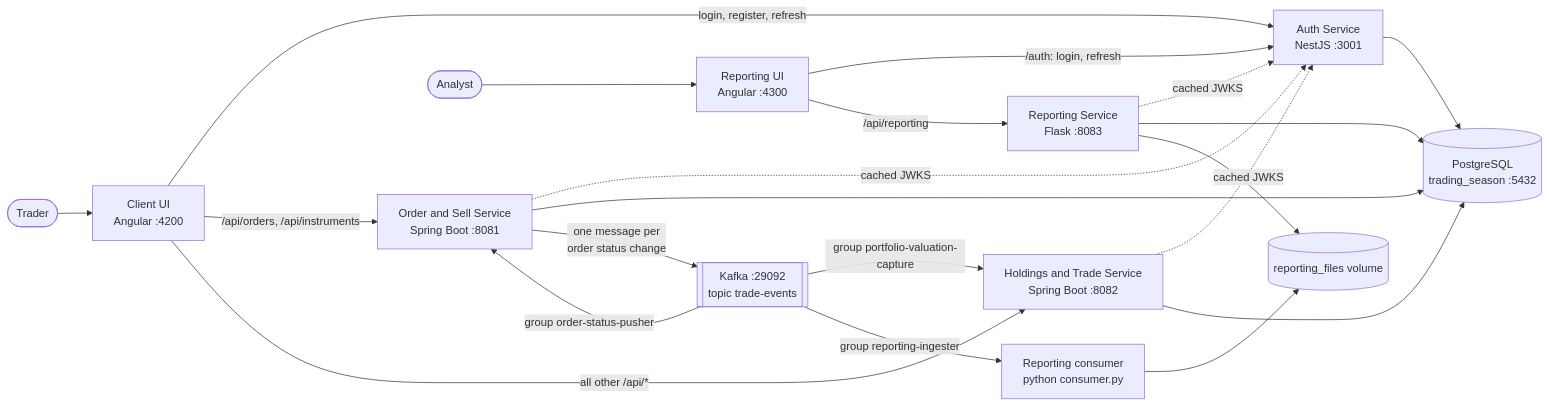
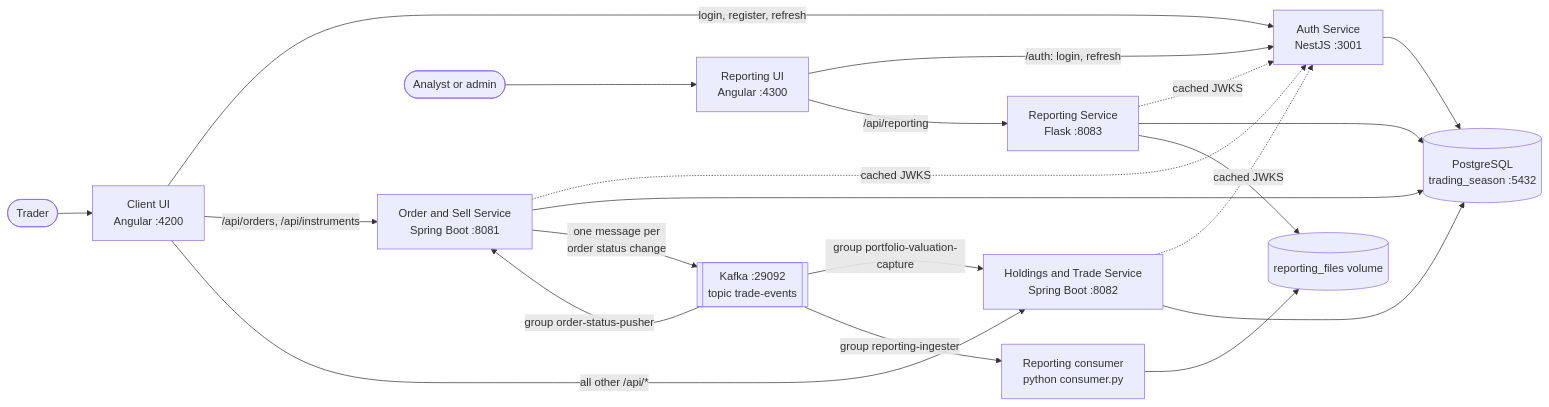
One commit to seankcheema/trading-season changed the first of 5 diagrams in README.md. Above: the diagram before and after it, drawn with Mermaid. The commit also changed other lines of this file and 51 other files, not shown here.

Commit message:
implementing admin vs analyst access dua-35

````diff
--- a/README.md
+++ b/README.md
@@ -20,27 +20,27 @@
 ```mermaid
 flowchart LR
     Trader([Trader]) --> UI["Client UI<br/>Angular :4200"]
     UI -- "login, register, refresh" --> Auth["Auth Service<br/>NestJS :3001"]
     UI -- "/api/orders, /api/instruments" --> OS["Order and Sell Service<br/>Spring Boot :8081"]
     UI -- "all other /api/*" --> HT["Holdings and Trade Service<br/>Spring Boot :8082"]
 
     OS -. "cached JWKS" .-> Auth
     HT -. "cached JWKS" .-> Auth
     RS["Reporting Service<br/>Flask :8083"] -. "cached JWKS" .-> Auth
 
     Auth --> DB[("PostgreSQL<br/>trading_season :5432")]
     OS --> DB
     HT --> DB
     RS --> DB
 
     OS -- "one message per<br/>order status change" --> Kafka[["Kafka :29092<br/>topic trade-events"]]
     Kafka -- "group order-status-pusher" --> OS
     Kafka -- "group portfolio-valuation-capture" --> HT
     Kafka -- "group reporting-ingester" --> RC["Reporting consumer<br/>python consumer.py"]
     RC --> Files[("reporting_files volume")]
     RS --> Files
 
-    Analyst([Analyst]) --> RUI["Reporting UI<br/>Angular :4300"]
+    Analyst(["Analyst or admin"]) --> RUI["Reporting UI<br/>Angular :4300"]
     RUI -- "/auth: login, refresh" --> Auth
     RUI -- "/api/reporting" --> RS
 ```
````
